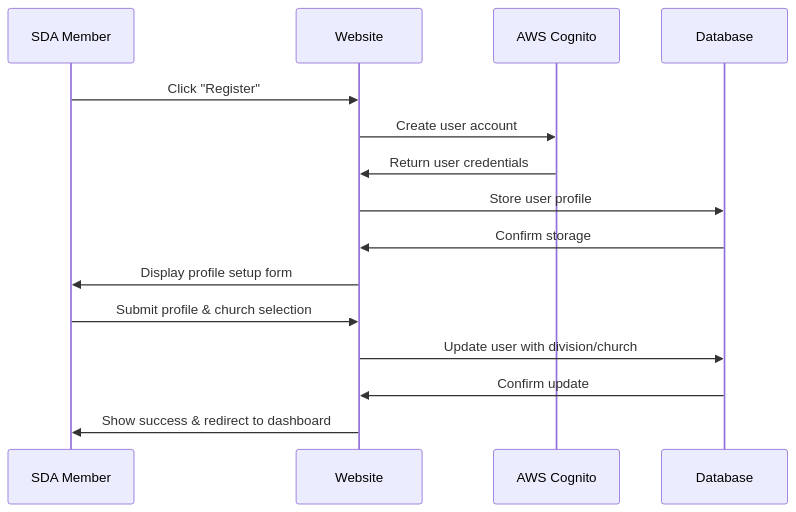
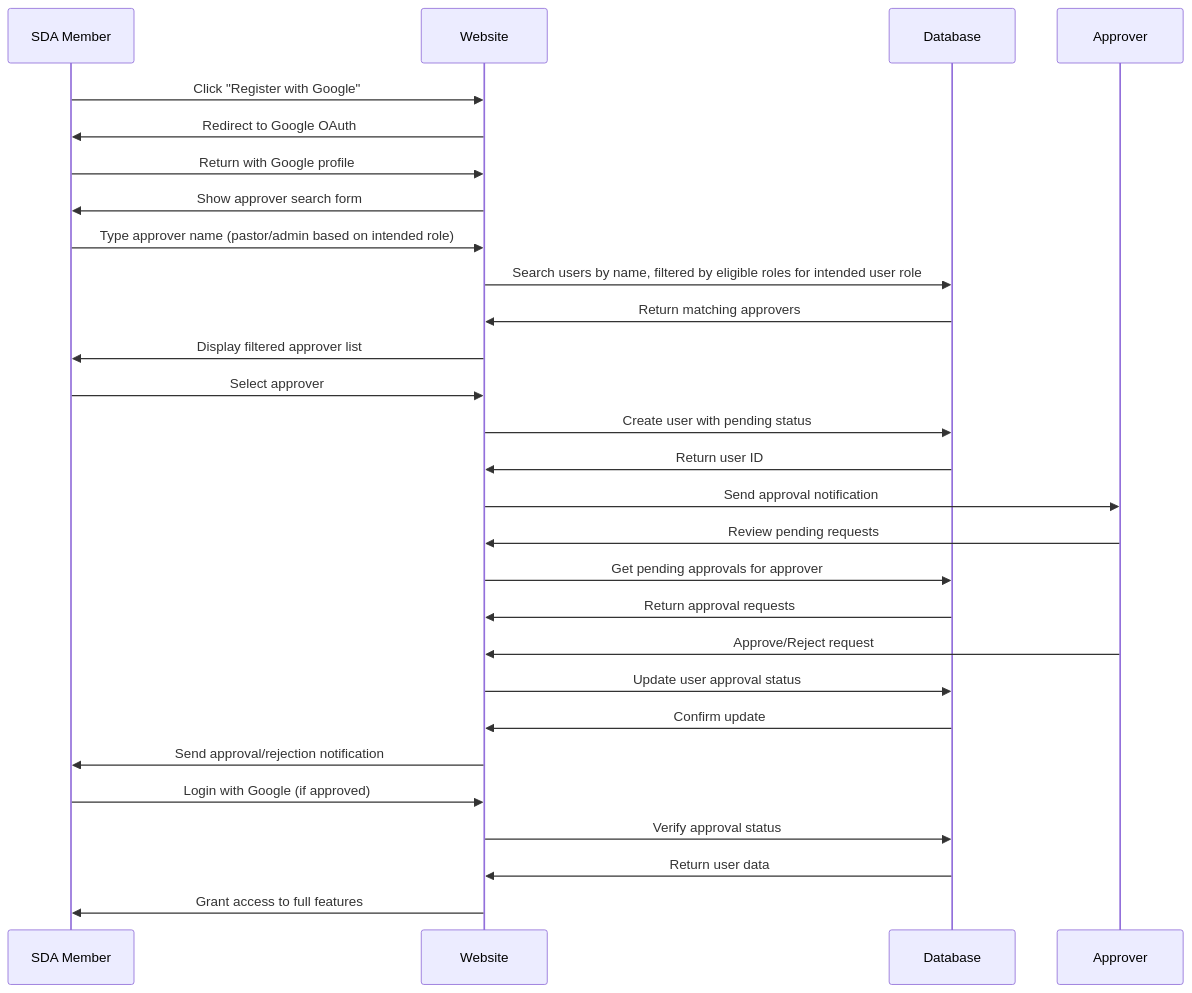
One commit to Danncode10/Nueva-Vizcaya-SDA-Website changed the second of 10 diagrams in docs/DannFramework_docs/Phase 4: System Modeling (UML).md. Above: the diagram before and after it, drawn with Mermaid. The commit also changed other lines of this file and 2 other files, not shown here.

First line of the commit message:
docs(approval): clarify admin-only approval for pastor role applications

````diff
--- a/docs/DannFramework_docs/Phase 4: System Modeling (UML).md
+++ b/docs/DannFramework_docs/Phase 4: System Modeling (UML).md
@@ -42,18 +45,31 @@
 ```mermaid
 sequenceDiagram
     participant U as SDA Member
     participant W as Website
-    participant C as AWS Cognito
     participant D as Database
+    participant Ap as Approver
 
-    U->>W: Click "Register"
-    W->>C: Create user account
-    C->>W: Return user credentials
-    W->>D: Store user profile
-    D->>W: Confirm storage
-    W->>U: Display profile setup form
-    U->>W: Submit profile & church selection
-    W->>D: Update user with division/church
+    U->>W: Click "Register with Google"
+    W->>U: Redirect to Google OAuth
+    U->>W: Return with Google profile
+    W->>U: Show approver search form
+    U->>W: Type approver name (pastor/admin based on intended role)
+    W->>D: Search users by name, filtered by eligible roles for intended user role
+    D->>W: Return matching approvers
+    W->>U: Display filtered approver list
+    U->>W: Select approver
+    W->>D: Create user with pending status
+    D->>W: Return user ID
+    W->>Ap: Send approval notification
+    Ap->>W: Review pending requests
+    W->>D: Get pending approvals for approver
+    D->>W: Return approval requests
+    Ap->>W: Approve/Reject request
+    W->>D: Update user approval status
     D->>W: Confirm update
-    W->>U: Show success & redirect to dashboard
+    W->>U: Send approval/rejection notification
+    U->>W: Login with Google (if approved)
+    W->>D: Verify approval status
+    D->>W: Return user data
+    W->>U: Grant access to full features
 ```
````
